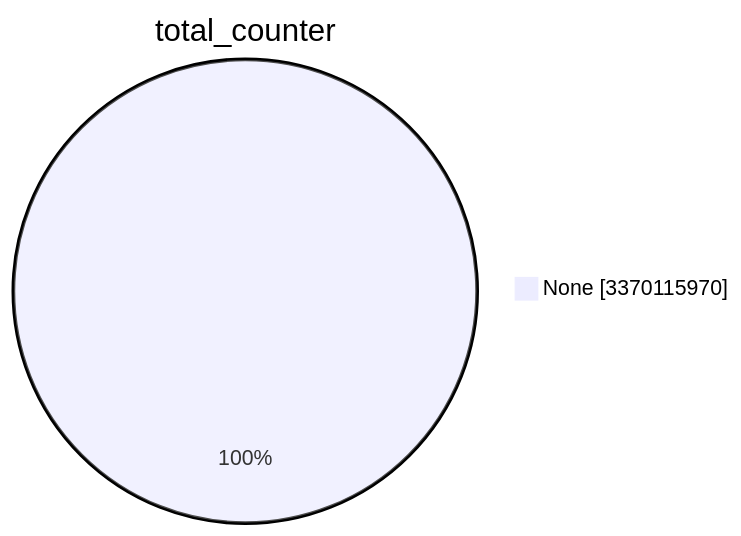
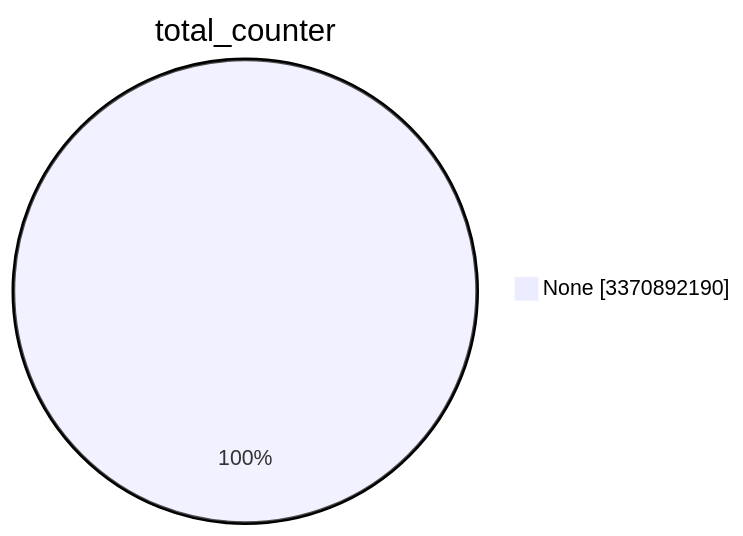
Before and after one commit to christiankrug/ctmonitor_visualization: the first of 15 diagrams in TOTAL/README.md, drawn with Mermaid. The commit also changed other lines of this file, not shown here.

````diff
--- a/TOTAL/README.md
+++ b/TOTAL/README.md
@@ -1,5 +1,5 @@
 ```mermaid
 pie showData
 title total_counter
-"None" :3370115970
+"None" :3370892190
 ```
````
